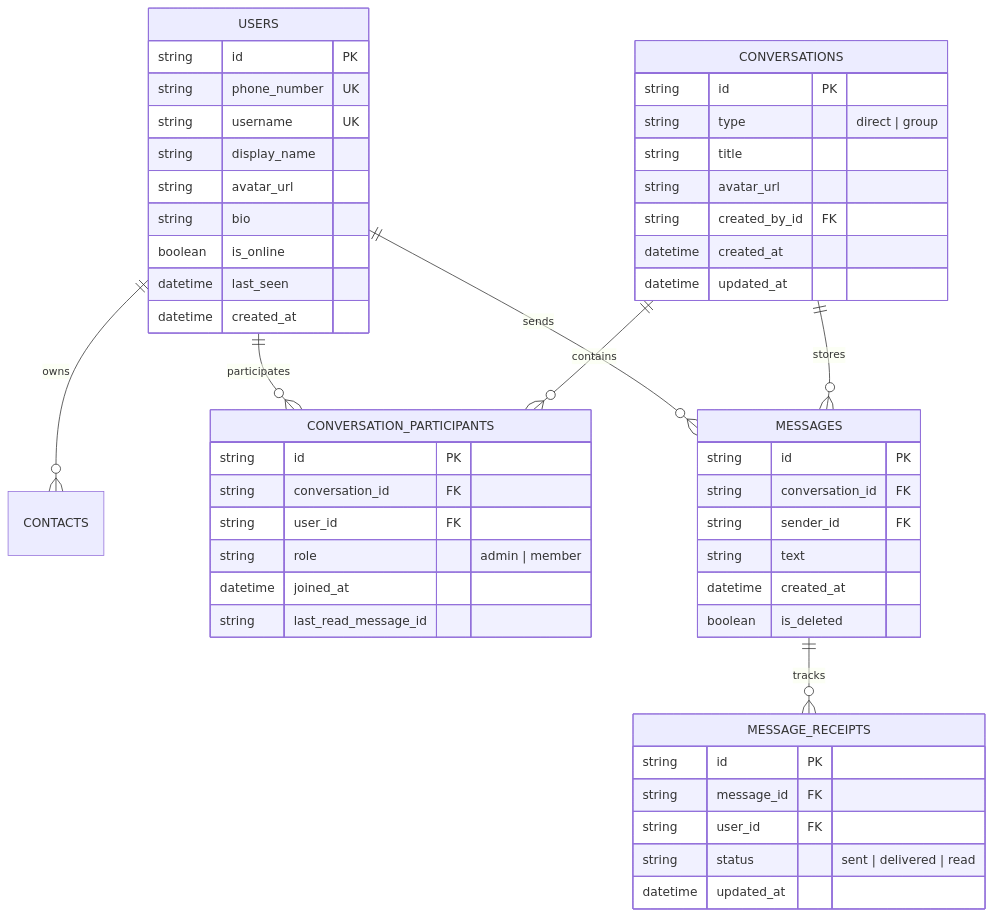
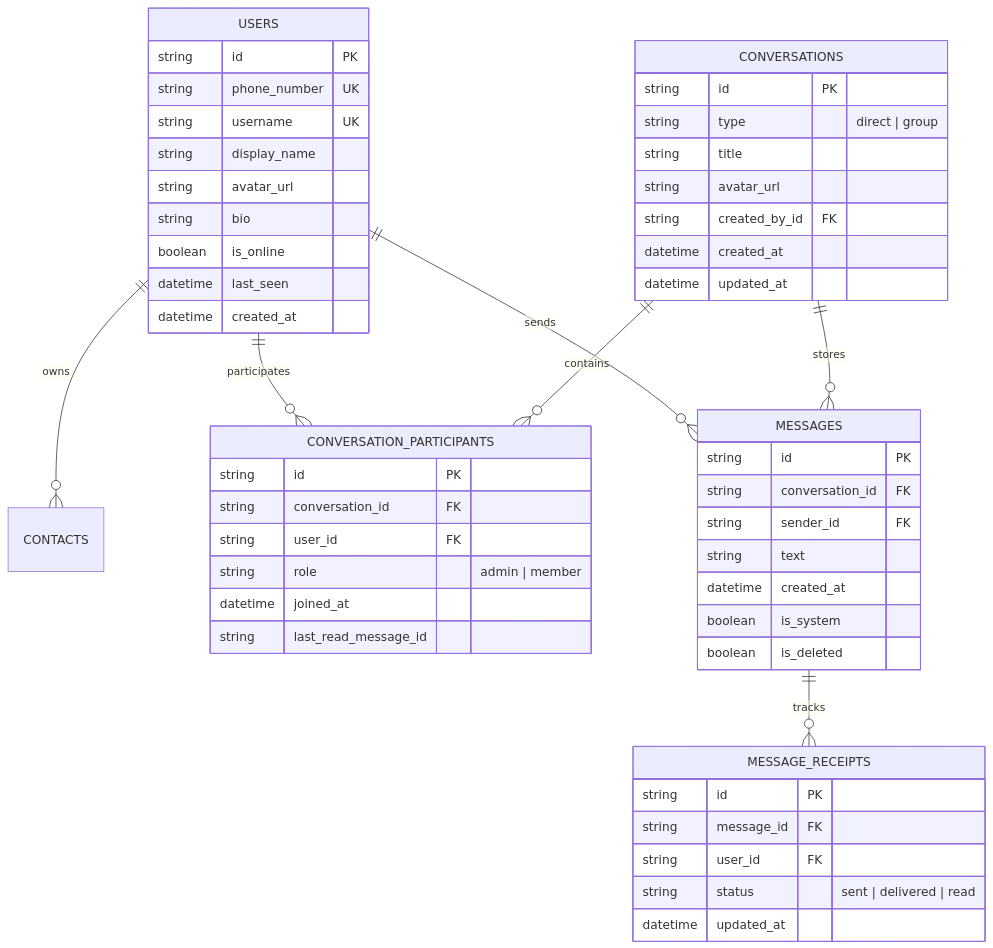
The diagram in plan.md (vamsi-krishna-katakam/signal-messenger), drawn with Mermaid before and after one commit. The commit also changed 4 other files, not shown here.

Commit message:
Add boolean is_system column to Message model, schemas, and plan.md ER diagram

````diff
--- a/plan.md
+++ b/plan.md
@@ -79,57 +79,58 @@
 ```mermaid
 erDiagram
     USERS ||--o{ CONTACTS : owns
     USERS ||--o{ CONVERSATION_PARTICIPANTS : participates
     USERS ||--o{ MESSAGES : sends
     CONVERSATIONS ||--o{ CONVERSATION_PARTICIPANTS : contains
     CONVERSATIONS ||--o{ MESSAGES : stores
     MESSAGES ||--o{ MESSAGE_RECEIPTS : tracks
 
     USERS {
         string id PK
         string phone_number UK
         string username UK
         string display_name
         string avatar_url
         string bio
         boolean is_online
         datetime last_seen
         datetime created_at
     }
 
     CONVERSATIONS {
         string id PK
         string type "direct | group"
         string title
         string avatar_url
         string created_by_id FK
         datetime created_at
         datetime updated_at
     }
 
     CONVERSATION_PARTICIPANTS {
         string id PK
         string conversation_id FK
         string user_id FK
         string role "admin | member"
         datetime joined_at
         string last_read_message_id
     }
 
     MESSAGES {
         string id PK
         string conversation_id FK
         string sender_id FK
         string text
         datetime created_at
+        boolean is_system
         boolean is_deleted
     }
 
     MESSAGE_RECEIPTS {
         string id PK
         string message_id FK
         string user_id FK
         string status "sent | delivered | read"
         datetime updated_at
     }
 ```
````
